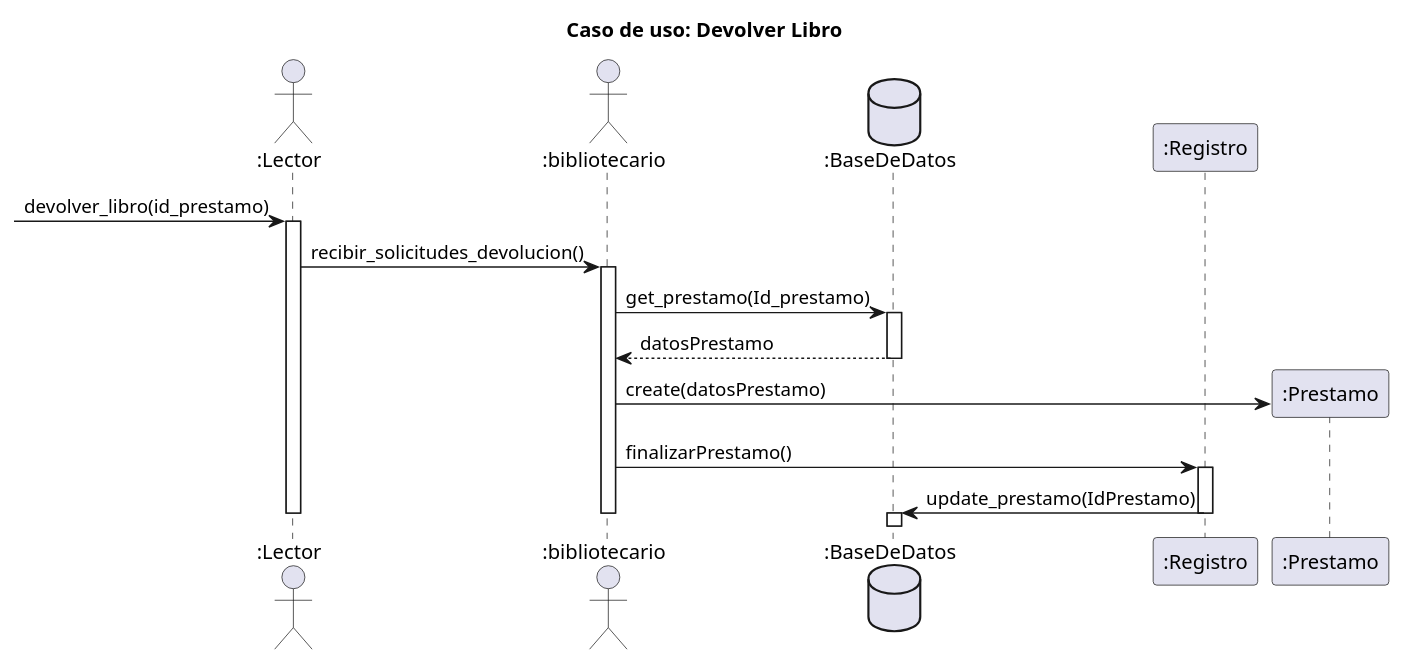
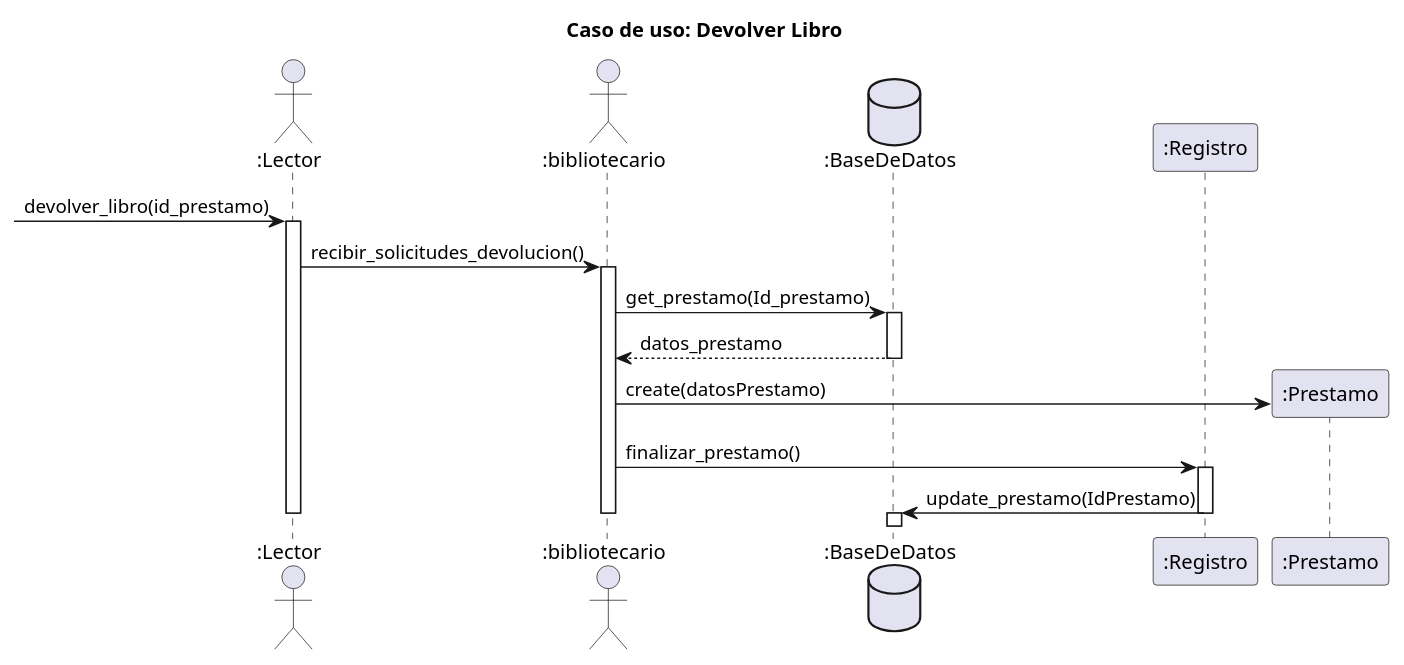
One commit to RubenE107/diagramas-de-dise-o-uml changed the diagram in interacion 2/devolverLibro.puml. Above: the diagram before and after it, drawn with PlantUML. The commit also changed 1 other file, not shown here.

```diff
--- a/interacion 2/devolverLibro.puml
+++ b/interacion 2/devolverLibro.puml
@@ -37,43 +37,43 @@
 @startuml
 title Caso de uso: Devolver Libro
 
 actor ":Lector" as l
 actor ":bibliotecario" as a
 database ":BaseDeDatos" as bd
 
 participant ":Registro" as r
 
 -> l:devolver_libro(id_prestamo)
 activate l
 
 l -> a:recibir_solicitudes_devolucion()
 activate a
 
 a -> bd:get_prestamo(Id_prestamo)
 activate bd
 
-bd --> a:datosPrestamo
+bd --> a:datos_prestamo
 deactivate bd
 
 create ":Prestamo" as prestamo
 a -> prestamo:create(datosPrestamo)
 
 
-a -> r:finalizarPrestamo()
+a -> r:finalizar_prestamo()
 activate r
 
 
 
 
 
 r -> bd:update_prestamo(IdPrestamo)
 deactivate r
 activate bd
 
 deactivate bd
 
 deactivate a
 
 deactivate l
 
 @enduml
```
